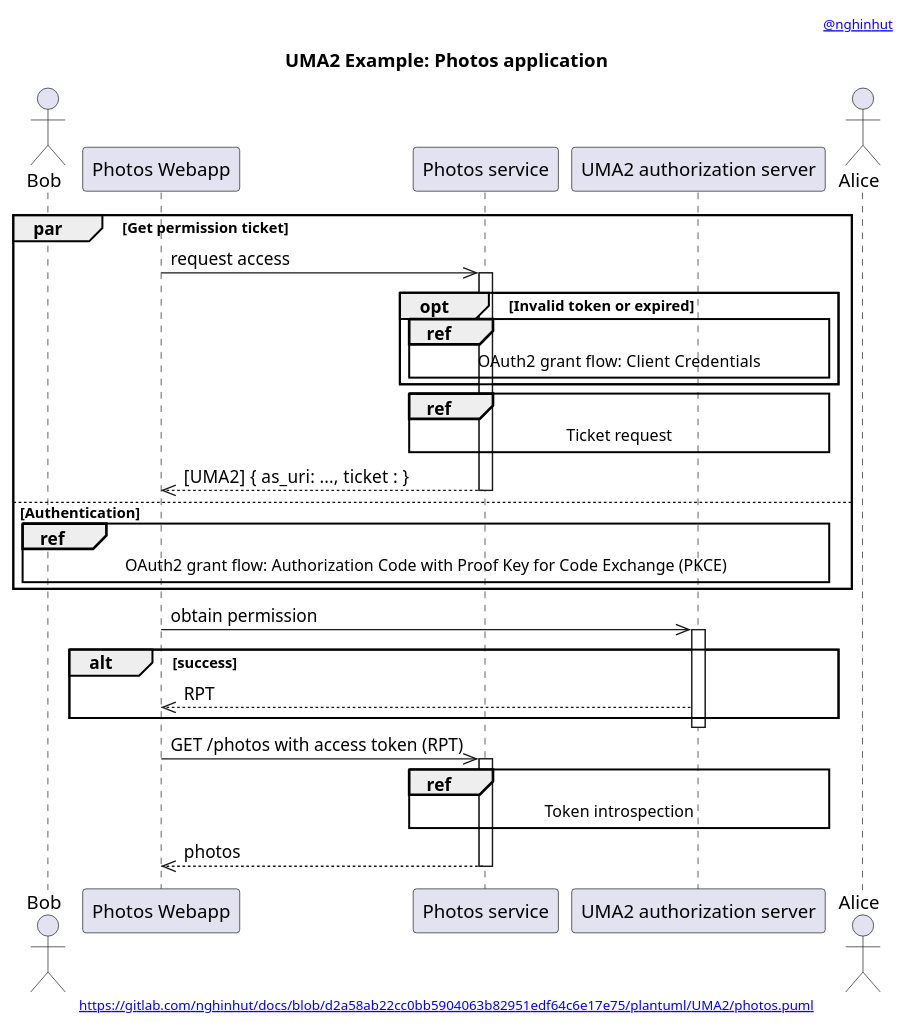
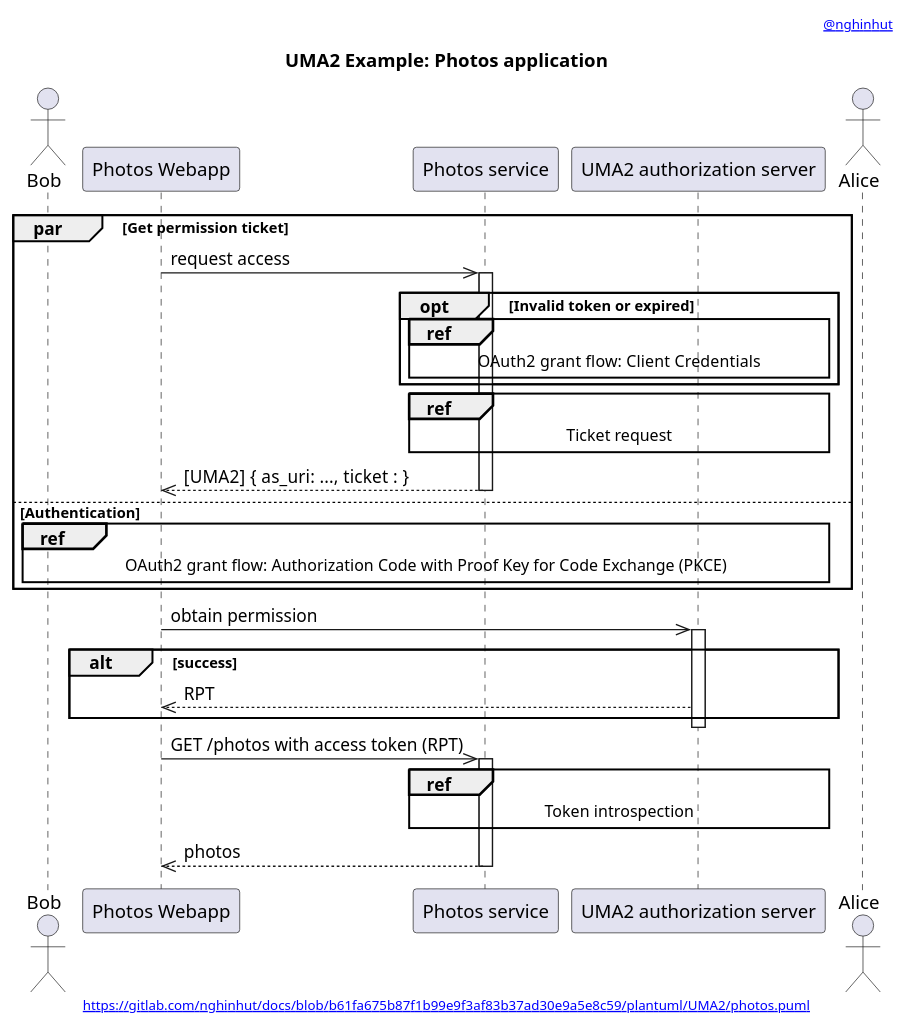
Before and after one commit to nghinhut/docs: the diagram in plantuml/UMA2/photos.apps.puml, drawn with PlantUML. The commit also changed 24 other files, not shown here.

Commit message:
docs(plantuml): update headers

```diff
--- a/plantuml/UMA2/photos.apps.puml
+++ b/plantuml/UMA2/photos.apps.puml
@@ -1,43 +1,43 @@
 @startuml
 '-----START auto generated metadata please keep comment here to allow auto update-----
 '-----DON'T EDIT THIS SECTION, INSTEAD RE-RUN prebuild.sh TO UPDATE-----
-header [[https://www.nghinhut.dev?from=http%5C%3A%5C%2F%5C%2Fwww%5C.plantuml%5C.com%5C%2Fplantuml%5C%2Fproxy%3Ffmt%3Dsvg%5C%26src%3Dhttps%5C%3A%5C%2F%5C%2Fgitlab%5C.com%5C%2Fnghinhut%5C%2Fdocs%5C%2Fraw%5C%2Fd2a58ab22cc0bb5904063b82951edf64c6e17e75%5C%2Fplantuml%5C%2FUMA2%5C%2Fphotos%5C.puml%0A @nghinhut]]
-footer [[http://www.plantuml.com/plantuml/proxy?fmt=svg&src=https://gitlab.com/nghinhut/docs/raw/d2a58ab22cc0bb5904063b82951edf64c6e17e75/plantuml/UMA2/photos.puml https://gitlab.com/nghinhut/docs/blob/d2a58ab22cc0bb5904063b82951edf64c6e17e75/plantuml/UMA2/photos.puml]]
+header [[https://www.nghinhut.dev?from=http%5C%3A%5C%2F%5C%2Fwww%5C.plantuml%5C.com%5C%2Fplantuml%5C%2Fproxy%3Ffmt%3Dsvg%5C%26src%3Dhttps%5C%3A%5C%2F%5C%2Fgitlab%5C.com%5C%2Fnghinhut%5C%2Fdocs%5C%2Fraw%5C%2Fb61fa675b87f1b99e9f3af83b37ad30e9a5e8c59%5C%2Fplantuml%5C%2FUMA2%5C%2Fphotos%5C.puml%0A @nghinhut]]
+footer [[http://www.plantuml.com/plantuml/proxy?fmt=svg&src=https://gitlab.com/nghinhut/docs/raw/b61fa675b87f1b99e9f3af83b37ad30e9a5e8c59/plantuml/UMA2/photos.puml https://gitlab.com/nghinhut/docs/blob/b61fa675b87f1b99e9f3af83b37ad30e9a5e8c59/plantuml/UMA2/photos.puml]]
 '-----END auto generated metadata please keep comment here to allow auto update-----
 title UMA2 Example: Photos application
 
 actor "Bob" as rp
 participant "Photos Webapp" as client
 participant "Photos service" as rs
 participant "UMA2 authorization server" as as
 actor "Alice" as ro
 
 par Get permission ticket
     client ->> rs : request access
     activate rs
 
     opt Invalid token or expired
         ref over rs, as : OAuth2 grant flow: Client  Credentials
     end
 
     ref over rs, as : Ticket request
 
     client <<-- rs : [UMA2] { as_uri: ...,  ticket : }
     deactivate rs
 else Authentication
     ref over rp, as : OAuth2 grant flow: Authorization Code with Proof Key for Code Exchange (PKCE)
 end
 
 client ->> as : obtain permission
 activate as
 alt success
 client <<-- as : RPT
 end
 deactivate as
 
 client ->> rs : GET /photos with access token (RPT)
 activate rs
 ref over rs, as : Token introspection
 client <<-- rs : photos
 deactivate rs
 @enduml
```
